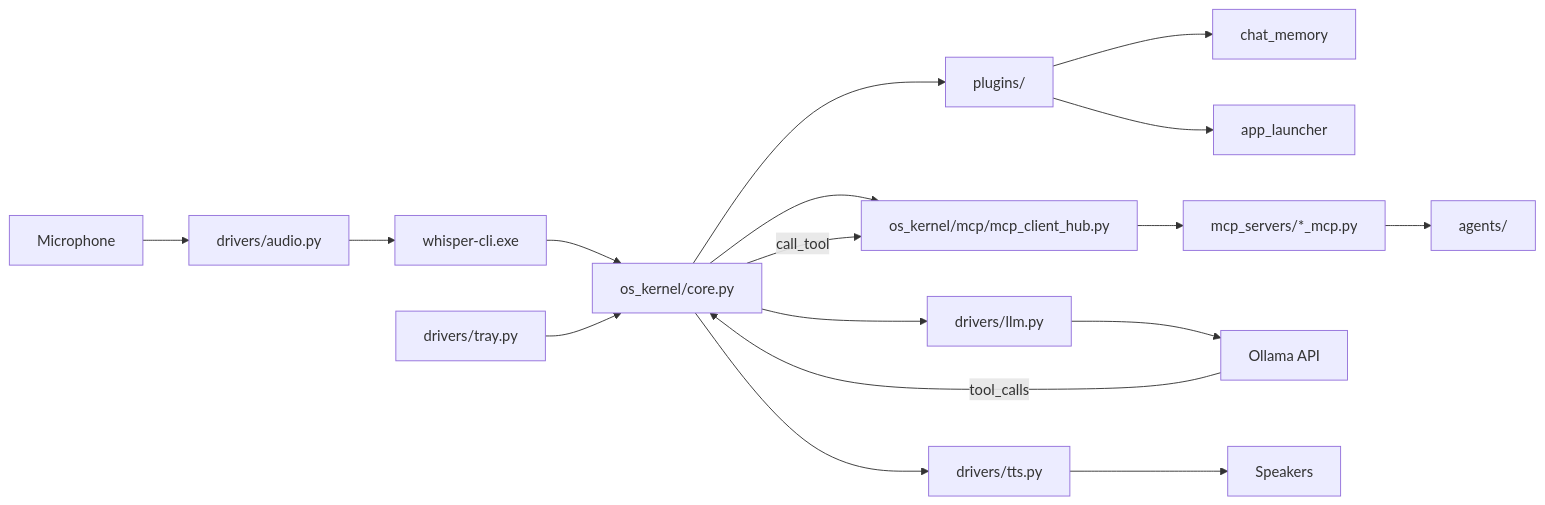
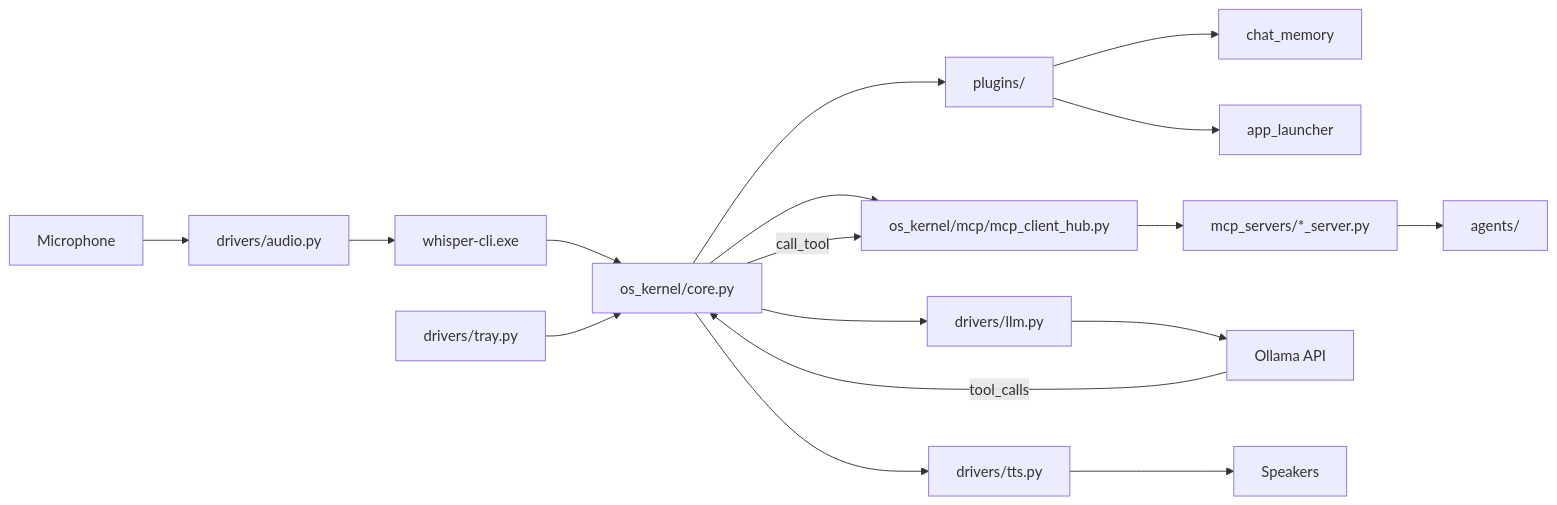
One commit to abhimkdm/Jarvis changed the diagram in README.md. Above: the diagram before and after it, drawn with Mermaid. The commit also changed other lines of this file and 3 other files, not shown here.

````diff
--- a/README.md
+++ b/README.md
@@ -21,19 +21,19 @@
 ```mermaid
 flowchart LR
     Mic[Microphone] --> Audio[drivers/audio.py]
     Audio --> Whisper[whisper-cli.exe]
     Whisper --> Kernel[os_kernel/core.py]
     Kernel --> Plugins[plugins/]
     Plugins --> Memory[chat_memory]
     Plugins --> Launcher[app_launcher]
     Kernel --> MCPHub[os_kernel/mcp/mcp_client_hub.py]
-    MCPHub --> MCPServers[mcp_servers/*_mcp.py]
+    MCPHub --> MCPServers[mcp_servers/*_server.py]
     MCPServers --> Agents[agents/]
     Kernel --> LLM[drivers/llm.py]
     LLM --> Ollama[Ollama API]
     Ollama -->|tool_calls| Kernel
     Kernel -->|call_tool| MCPHub
     Kernel --> TTS[drivers/tts.py]
     TTS --> Speaker[Speakers]
     Tray[drivers/tray.py] --> Kernel
 ```
````
